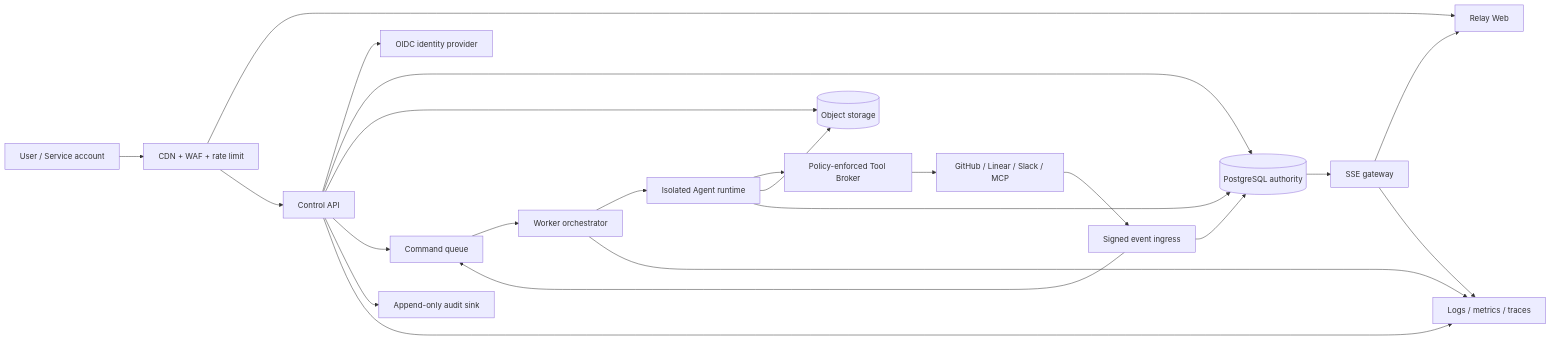
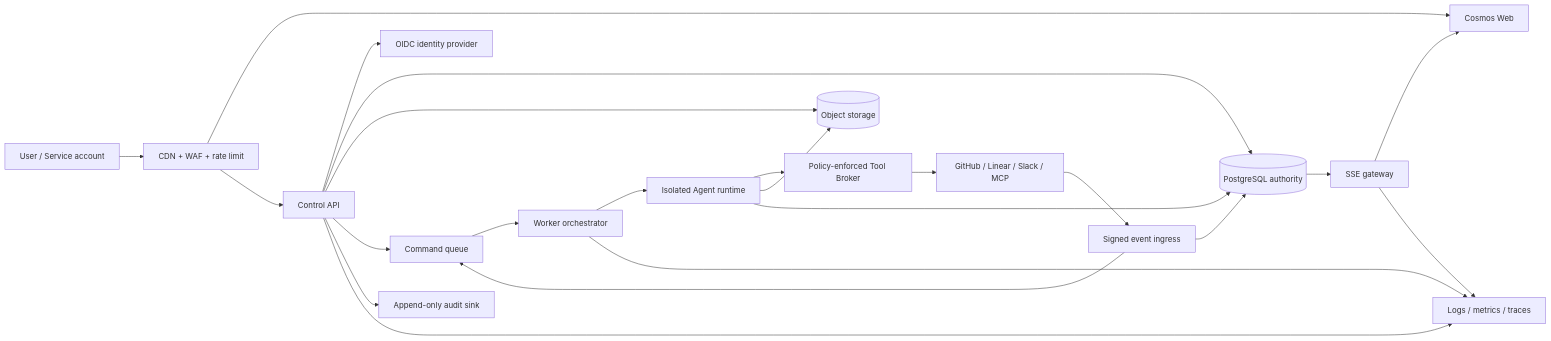
One commit to lixiang12345/Cosmos changed the diagram in docs/production-architecture.md. Above: the diagram before and after it, drawn with Mermaid. The commit also changed other lines of this file and 306 other files, not shown here.

First line of the commit message:
refactor: rename Relay to Cosmos across code, config, and database

````diff
--- a/docs/production-architecture.md
+++ b/docs/production-architecture.md
@@ -39,25 +39,25 @@
 ```mermaid
 flowchart LR
   User["User / Service account"] --> Edge["CDN + WAF + rate limit"]
-  Edge --> Web["Relay Web"]
+  Edge --> Web["Cosmos Web"]
   Edge --> API["Control API"]
   API --> IdP["OIDC identity provider"]
   API --> DB[("PostgreSQL authority")]
   API --> Object[("Object storage")]
   API --> Queue["Command queue"]
   API --> Audit["Append-only audit sink"]
   Queue --> Orchestrator["Worker orchestrator"]
   Orchestrator --> Runtime["Isolated Agent runtime"]
   Runtime --> Tool["Policy-enforced Tool Broker"]
   Runtime --> Object
   Runtime --> DB
   Tool --> Providers["GitHub / Linear / Slack / MCP"]
   Providers --> Ingress["Signed event ingress"]
   Ingress --> DB
   Ingress --> Queue
   DB --> Realtime["SSE gateway"]
   Realtime --> Web
   API --> Telemetry["Logs / metrics / traces"]
   Orchestrator --> Telemetry
   Realtime --> Telemetry
 ```
````
